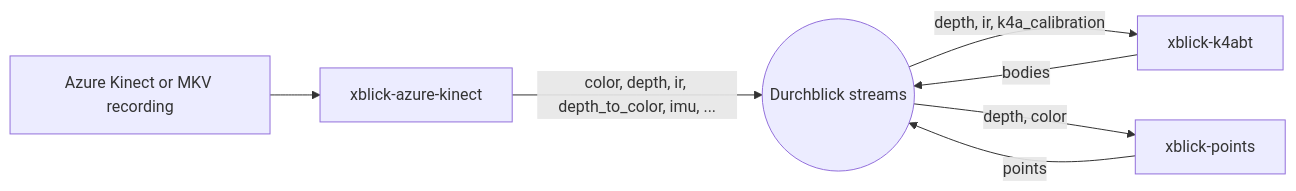
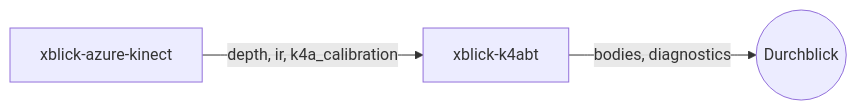
The diagram in docs/design.md (xblick/xblick-k4abt), drawn with Mermaid before and after one commit. The commit also changed other lines of this file and 17 other files, not shown here.

First line of the commit message:
xblick-k4abt 0.4.0: the body tracker in a repository of its own

````diff
--- a/docs/design.md
+++ b/docs/design.md
@@ -8,9 +8,5 @@
 ```mermaid
 flowchart LR
-  K[Azure Kinect or MKV recording] --> C[xblick-azure-kinect]
-  C -- "color, depth, ir, depth_to_color, imu, ..." --> S((Durchblick streams))
-  S -- "depth, ir, k4a_calibration" --> B[xblick-k4abt]
-  S -- "depth, color" --> P[xblick-points]
-  B -- bodies --> S
-  P -- points --> S
+  C[xblick-azure-kinect] -- "depth, ir, k4a_calibration" --> B[xblick-k4abt]
+  B -- "bodies, diagnostics" --> S((Durchblick))
 ```
````
